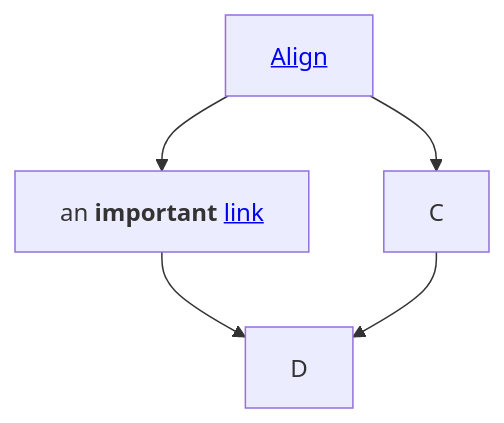
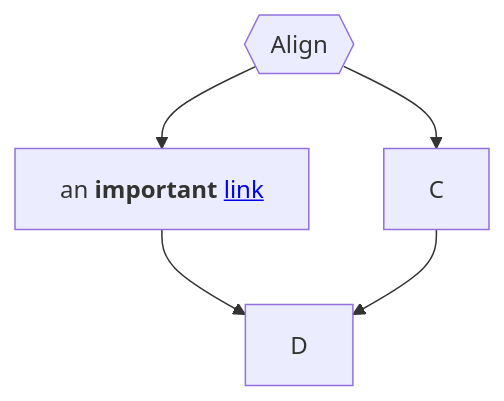
The diagram in README.md (SourCherries/fad), drawn with Mermaid before and after one commit. The commit also changed other lines of this file, not shown here.

Commit message:
overview graph with links to other README (links on same page?)

````diff
--- a/README.md
+++ b/README.md
@@ -5,9 +7,12 @@
 ```mermaid
     graph TD;
         B[an <b>important</b> <a href='http://google.com'>link</a>]
-        A[<a href='demos/align/1_basic/README.md'>Align</a>]
+
+        A{{Align}}
+        click A "SourCherries/fad/blob/main/demos/align/1_basic/README.md"
+
         A-->B;
         A-->C;
         B-->D;
         C-->D;    
 ```
````
